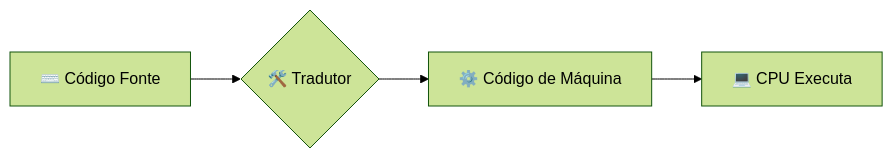
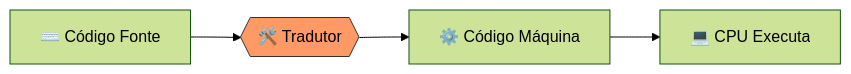
One commit to ricardotecpro/ads_mod_01_fundamentos_da_computacao changed the diagram in docs/aulas/aula-16.md. Above: the diagram before and after it, drawn with Mermaid (forest theme). The commit also changed other lines of this file and 31 other files, not shown here.

````diff
--- a/docs/aulas/aula-16.md
+++ b/docs/aulas/aula-16.md
@@ -36,6 +28,7 @@
 ```mermaid
 graph LR
-    A[⌨️ Código Fonte] --> B{🛠️ Tradutor}
-    B --> C[⚙️ Código de Máquina]
-    C --> D[💻 CPU Executa]
+    A["⌨️ Código Fonte"] --> B{{"🛠️ Tradutor"}}
+    B --> C["⚙️ Código Máquina"]
+    C --> D["💻 CPU Executa"]
+    style B fill:#f96,stroke:#333
 ```
````
